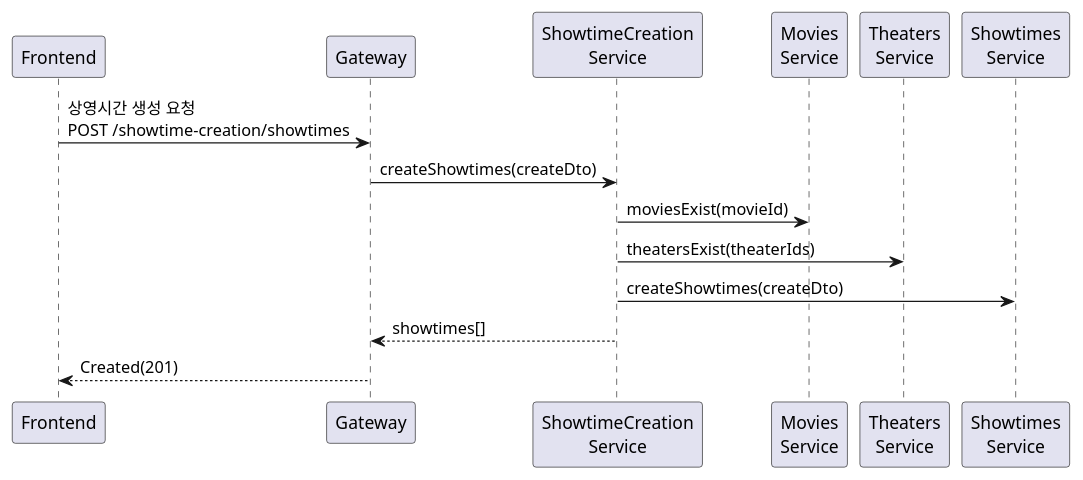
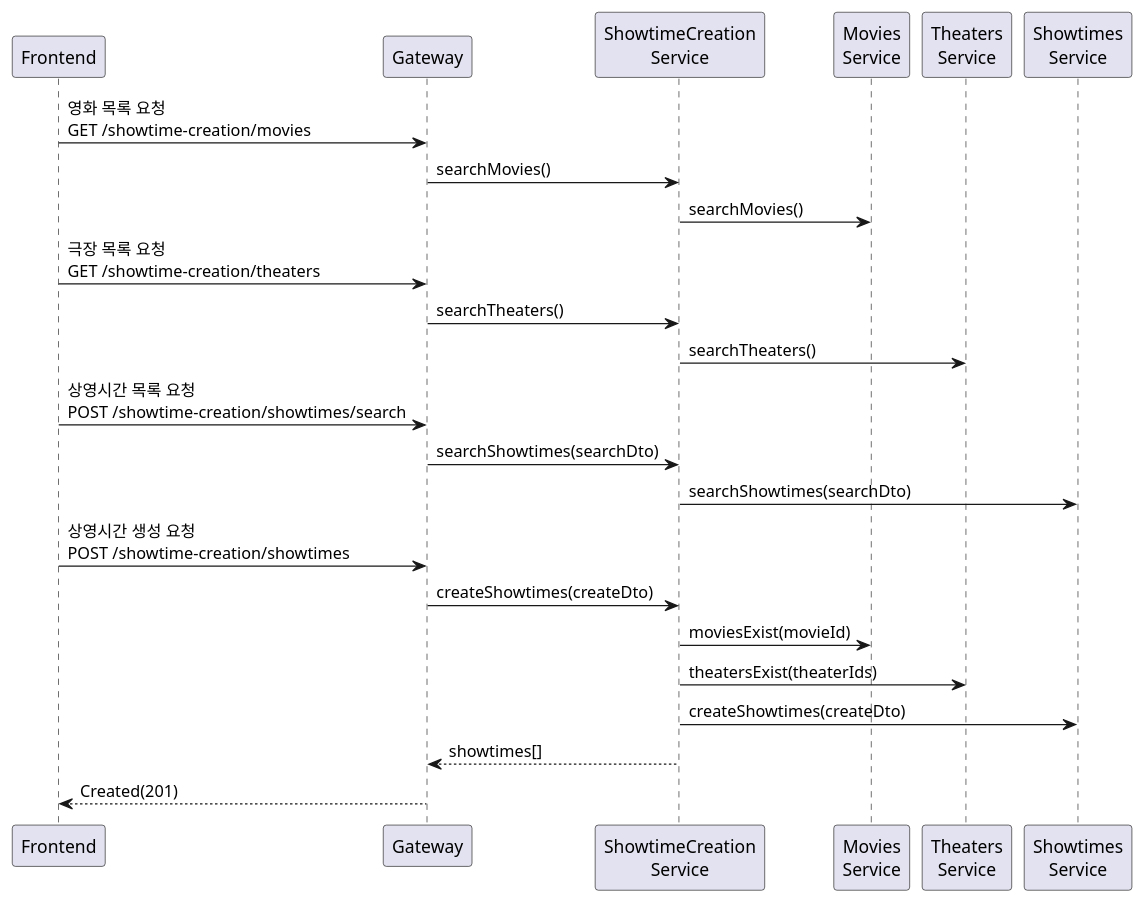
Before and after one commit to mannercode/mannercode.github.io: the first of 12 diagrams in _posts/2025-06-01-backend-design-3.md, drawn with PlantUML. The commit also changed other lines of this file and 1 other file, not shown here.

Commit message:
Refactor sequence diagrams for Showtime creation process to improve clarity and structure

```diff
--- a/_posts/2025-06-01-backend-design-3.md
+++ b/_posts/2025-06-01-backend-design-3.md
@@ -14,18 +14,30 @@
 {% plantuml %}
 @startuml
 participant Frontend as frontend
 participant Gateway as gateway
 participant "ShowtimeCreation\nService" as creation
 participant "Movies\nService" as movies
 participant "Theaters\nService" as theaters
 participant "Showtimes\nService" as showtimes
+
+frontend -> gateway: 영화 목록 요청\nGET /showtime-creation/movies
+    gateway -> creation: searchMovies()
+        creation -> movies: searchMovies()
+
+frontend -> gateway: 극장 목록 요청\nGET /showtime-creation/theaters
+    gateway -> creation: searchTheaters()
+        creation -> theaters: searchTheaters()
+
+frontend -> gateway: 상영시간 목록 요청\nPOST /showtime-creation/showtimes/search
+    gateway -> creation: searchShowtimes(searchDto)
+        creation -> showtimes: searchShowtimes(searchDto)
 
 frontend -> gateway: 상영시간 생성 요청\nPOST /showtime-creation/showtimes
     gateway -> creation: createShowtimes(createDto)
         creation -> movies: moviesExist(movieId)
         creation -> theaters: theatersExist(theaterIds)
         creation -> showtimes: createShowtimes(createDto)
     gateway <-- creation: showtimes[]
 frontend <-- gateway: Created(201)
 @enduml
 {% endplantuml %}
```
